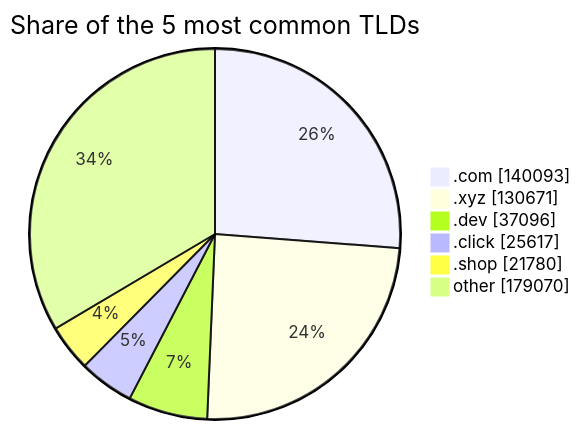
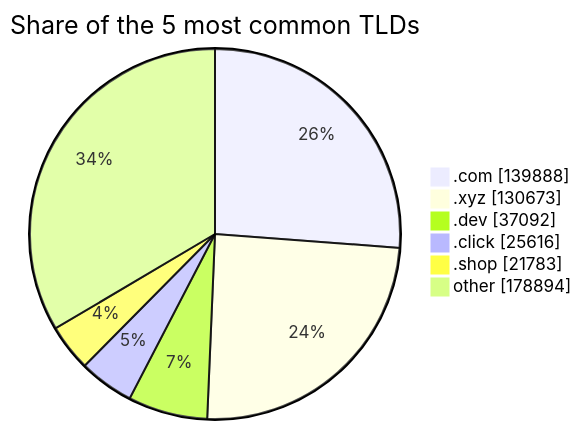
One commit to DNSBunker/CTI changed the third of 3 diagrams in README.md. Above: the diagram before and after it, drawn with Mermaid. The commit also changed other lines of this file and 3 other files, not shown here.

````diff
--- a/README.md
+++ b/README.md
@@ -81,9 +81,9 @@
 ```mermaid
 pie showData title Share of the 5 most common TLDs
-    ".com" : 140093
-    ".xyz" : 130671
-    ".dev" : 37096
-    ".click" : 25617
-    ".shop" : 21780
-    "other" : 179070
+    ".com" : 139888
+    ".xyz" : 130673
+    ".dev" : 37092
+    ".click" : 25616
+    ".shop" : 21783
+    "other" : 178894
 ```
````
